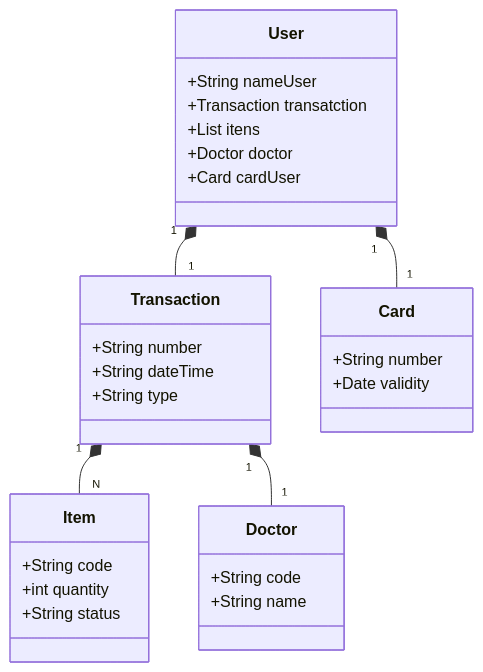
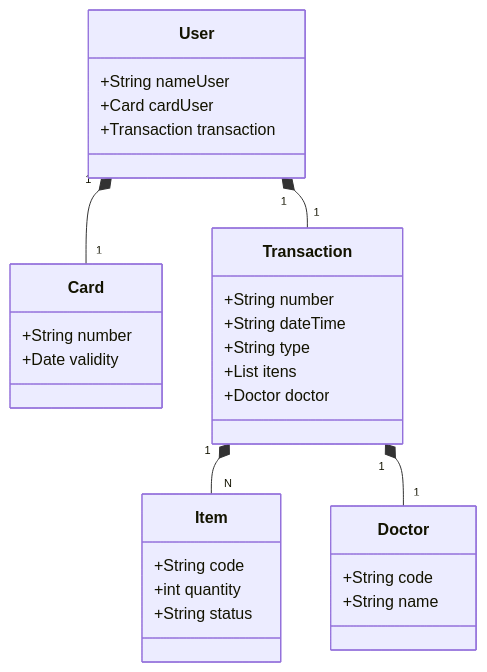
The diagram in README.md (andrea-junia/dio-api-rest-java-railway), drawn with Mermaid before and after one commit.

````diff
--- a/README.md
+++ b/README.md
@@ -19,33 +19,33 @@
 ```mermaid
 classDiagram
     class User {
         +String nameUser
-        +Transaction transatction
-        +List<Item> itens
-        +Doctor doctor
         +Card cardUser
+        +Transaction transaction
+    }
+    class Card {
+        +String number
+        +Date validity
     }
     class Transaction {
         +String number
         +String dateTime
         +String type
+        +List<Item> itens
+        +Doctor doctor
     }
     class Item {
         +String code
         +int quantity
         +String status
     }
     class Doctor {
         +String code
         +String name
     }
-    class Card {
-        +String number
-        +Date validity
-    }
 
-  User "1" *-- "1" Transaction
   User "1" *-- "1" Card
+  User "1" *-- "1" Transaction  
   Transaction "1" *-- "N" Item
   Transaction "1" *-- "1" Doctor
 ```
````
